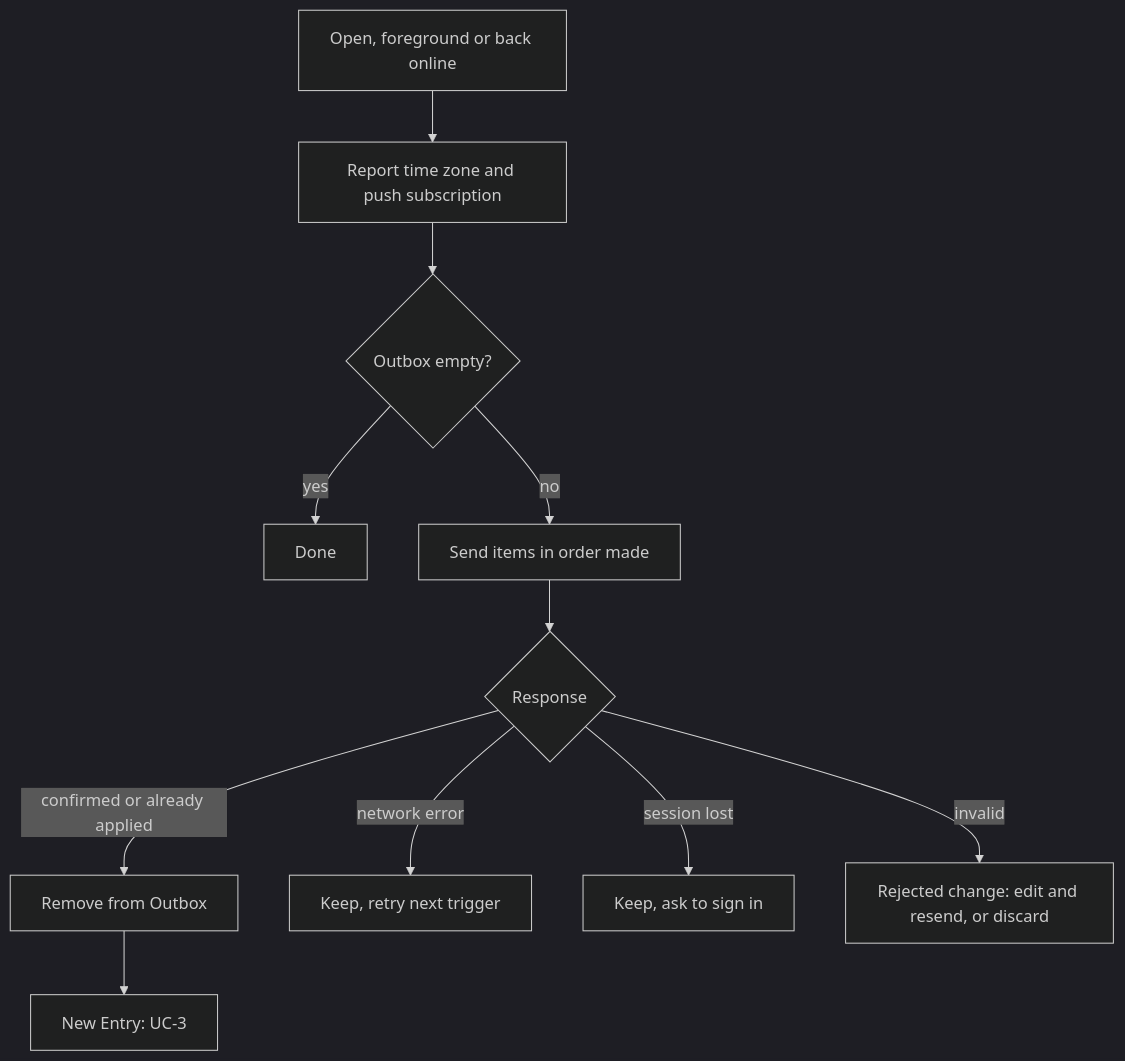
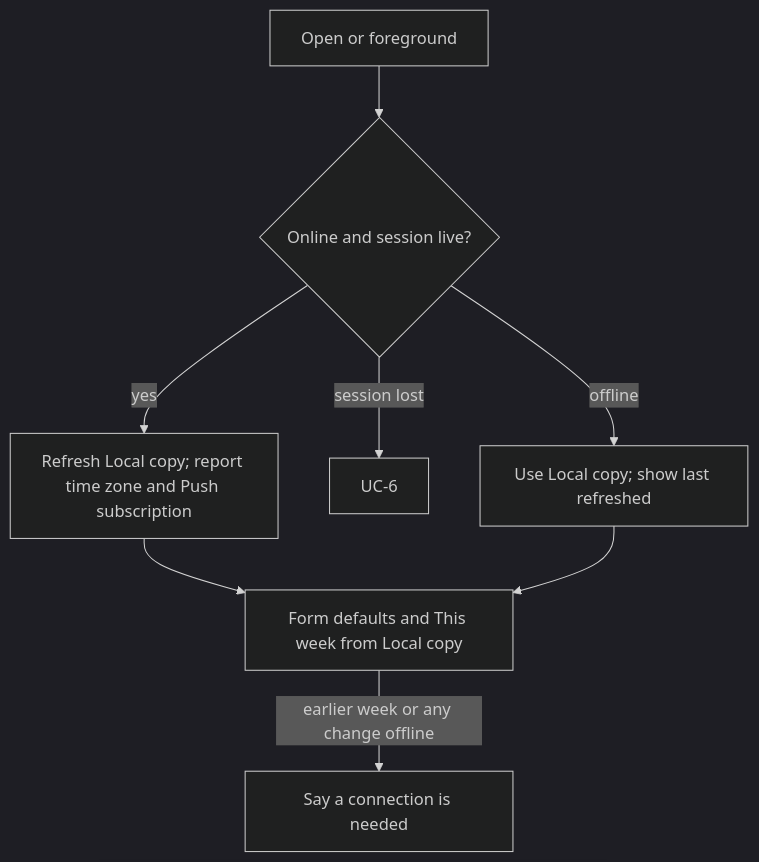
The second of 6 diagrams in docs/design/2026-11-06-mvp/02-requirements.md (bachtly/daily-kaizen), drawn with Mermaid (dark theme) before and after one commit. The commit also changed other lines of this file and 6 other files, not shown here.

````diff
--- a/docs/design/2026-11-06-mvp/02-requirements.md
+++ b/docs/design/2026-11-06-mvp/02-requirements.md
@@ -140,12 +128,10 @@
 ```mermaid
 flowchart TD
-  S[Open, foreground or back online] --> TZ[Report time zone and push subscription]
-  TZ --> O{Outbox empty?}
-  O -- yes --> Z[Done]
-  O -- no --> P[Send items in order made]
-  P --> Q{Response}
-  Q -- confirmed or already applied --> R[Remove from Outbox] --> T[New Entry: UC-3]
-  Q -- network error --> U[Keep, retry next trigger]
-  Q -- session lost --> V[Keep, ask to sign in]
-  Q -- invalid --> RJ[Rejected change: edit and resend, or discard]
+  S[Open or foreground] --> ON{Online and session live?}
+  ON -- offline --> OFF[Use Local copy; show last refreshed]
+  ON -- session lost --> SI[UC-6]
+  ON -- yes --> R[Refresh Local copy; report time zone and Push subscription]
+  R --> USE[Form defaults and This week from Local copy]
+  OFF --> USE
+  USE -- earlier week or any change offline --> NC[Say a connection is needed]
 ```
````
